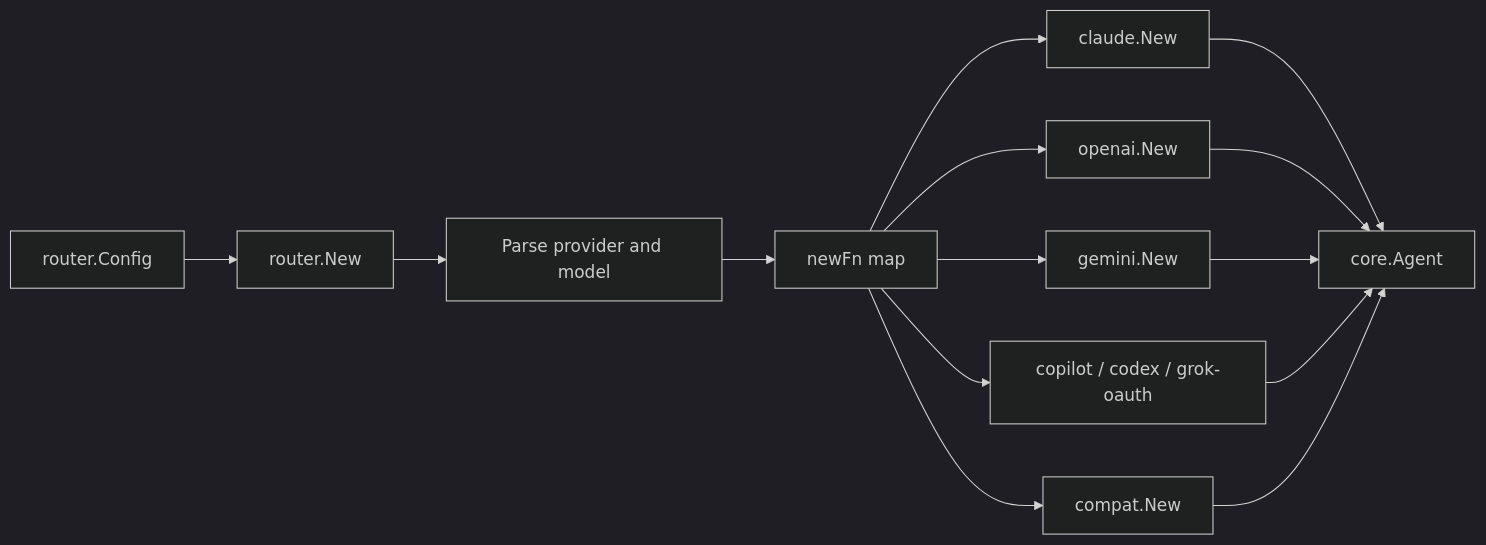
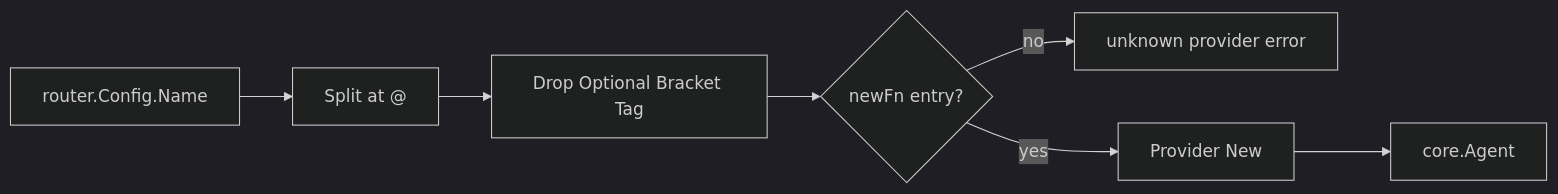
The third of 10 diagrams in doc/architecture.md (pardnchiu/go-llm-router), drawn with Mermaid (dark theme) before and after one commit. The commit also changed other lines of this file and 3 other files, not shown here.

Commit message:
doc: Expand API and architecture documentation

````diff
--- a/doc/architecture.md
+++ b/doc/architecture.md
@@ -44,16 +101,14 @@
 ```mermaid
-graph LR
-    Config[router.Config] --> New[router.New]
-    New --> Parse[Parse provider and model]
-    Parse --> Map[newFn map]
-    Map --> Claude[claude.New]
-    Map --> OpenAI[openai.New]
-    Map --> Gemini[gemini.New]
-    Map --> OAuthP[copilot / codex / grok-oauth]
-    Map --> Compat[compat.New]
-    Claude --> Agent[core.Agent]
-    OpenAI --> Agent
-    Gemini --> Agent
-    OAuthP --> Agent
-    Compat --> Agent
+flowchart LR
+    Name[router.Config.Name]
+    Prefix[Split at @]
+    Tag[Drop Optional Bracket Tag]
+    Lookup{newFn entry?}
+    Error[unknown provider error]
+    Factory[Provider New]
+    Agent[core.Agent]
+
+    Name --> Prefix --> Tag --> Lookup
+    Lookup -->|no| Error
+    Lookup -->|yes| Factory --> Agent
 ```
````
